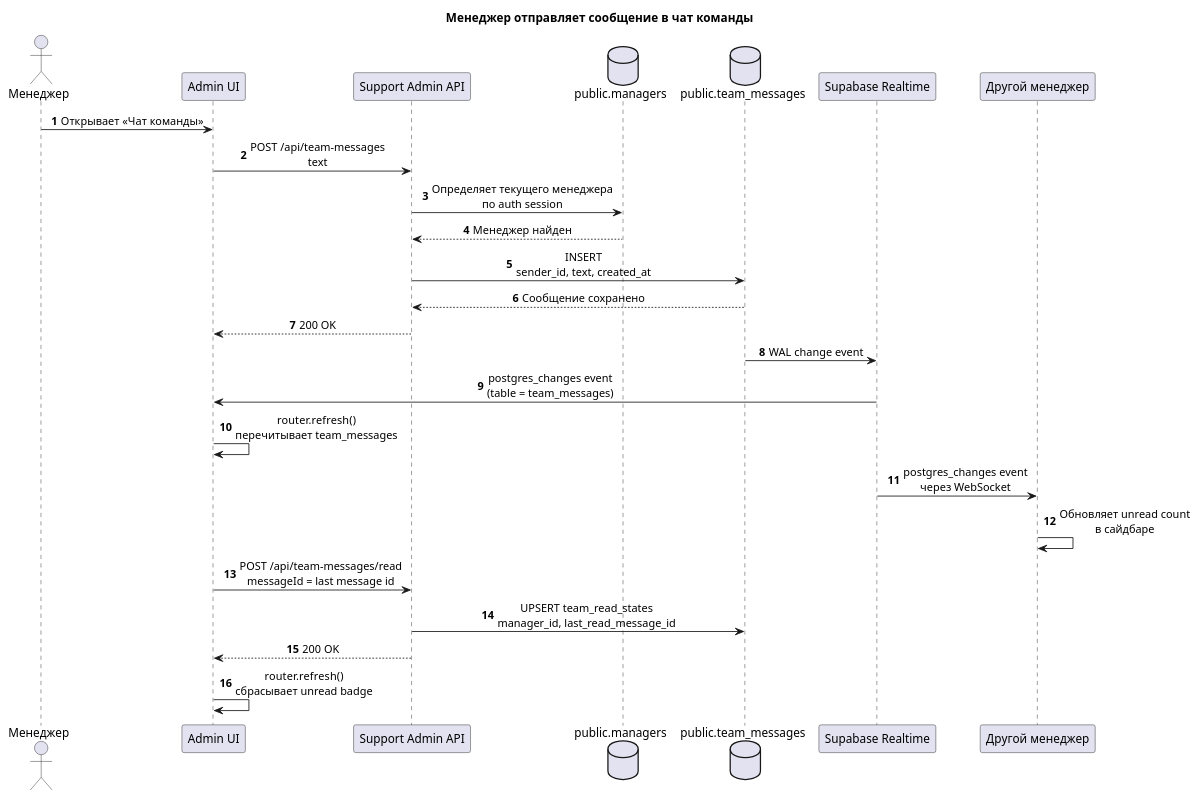
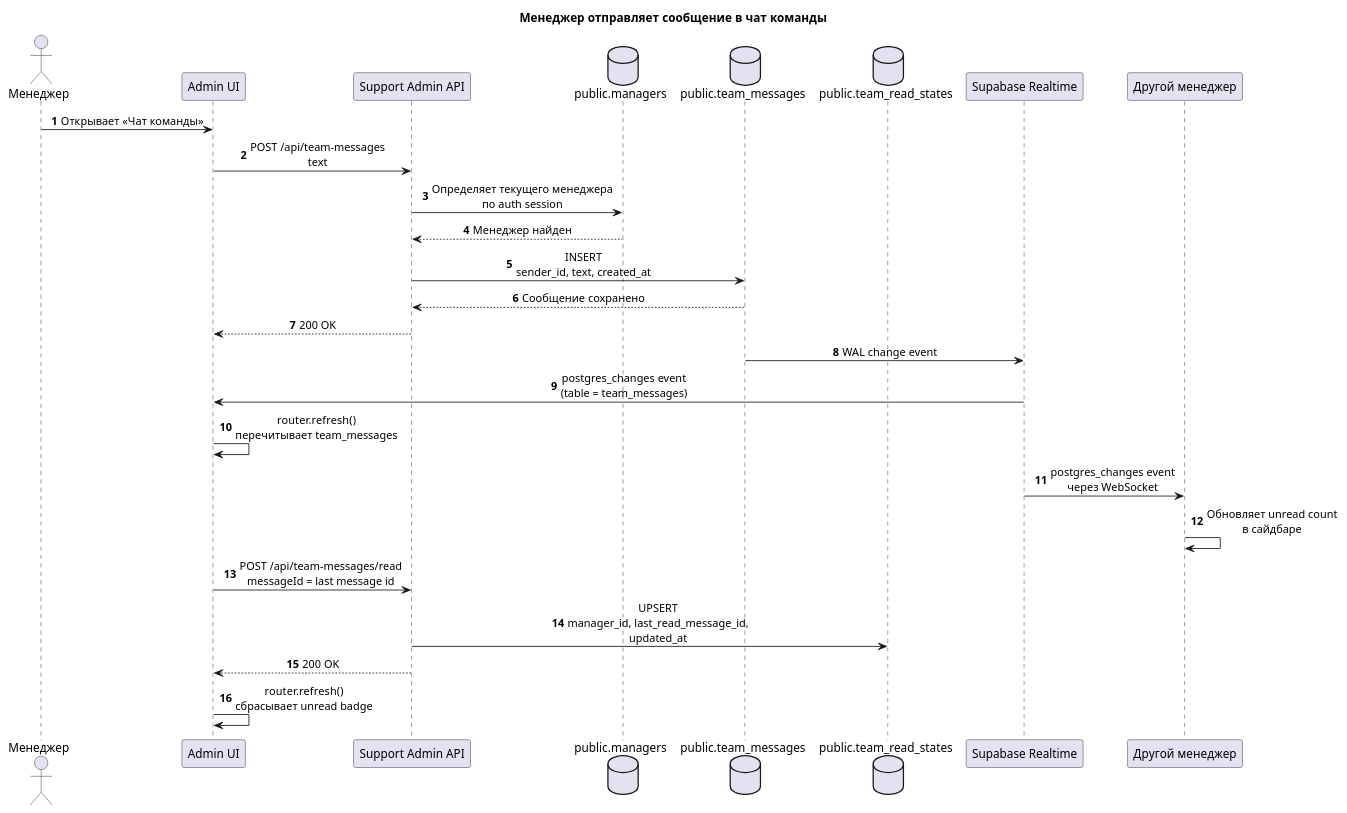
One commit to Ilja-Prihach/Full_Stack_Bot.- changed the diagram in docs/sequence/05-manager-sends-team-message.puml. Above: the diagram before and after it, drawn with PlantUML. The commit also changed 20 other files, not shown here.

```diff
--- a/docs/sequence/05-manager-sends-team-message.puml
+++ b/docs/sequence/05-manager-sends-team-message.puml
@@ -1,37 +1,38 @@
 @startuml
 title Менеджер отправляет сообщение в чат команды
 
 autonumber
 skinparam shadowing false
 skinparam sequenceMessageAlign center
 skinparam responseMessageBelowArrow true
 
 actor "Менеджер" as manager
 participant "Admin UI" as ui
 participant "Support Admin API" as api
 database "public.managers" as managers
 database "public.team_messages" as team_messages
+database "public.team_read_states" as team_read_states
 participant "Supabase Realtime" as realtime
 participant "Другой менеджер" as other_manager
 
 manager -> ui : Открывает «Чат команды»
 ui -> api : POST /api/team-messages\ntext
 api -> managers : Определяет текущего менеджера\nпо auth session
 managers --> api : Менеджер найден
 api -> team_messages : INSERT\nsender_id, text, created_at
 team_messages --> api : Сообщение сохранено
 api --> ui : 200 OK
 
 team_messages -> realtime : WAL change event
 realtime -> ui : postgres_changes event\n(table = team_messages)
 ui -> ui : router.refresh()\nперечитывает team_messages
 
 realtime -> other_manager : postgres_changes event\nчерез WebSocket
 other_manager -> other_manager : Обновляет unread count\nв сайдбаре
 
 ui -> api : POST /api/team-messages/read\nmessageId = last message id
-api -> team_messages : UPSERT team_read_states\nmanager_id, last_read_message_id
+api -> team_read_states : UPSERT\nmanager_id, last_read_message_id,\nupdated_at
 api --> ui : 200 OK
 ui -> ui : router.refresh()\nсбрасывает unread badge
 
 @enduml
```
